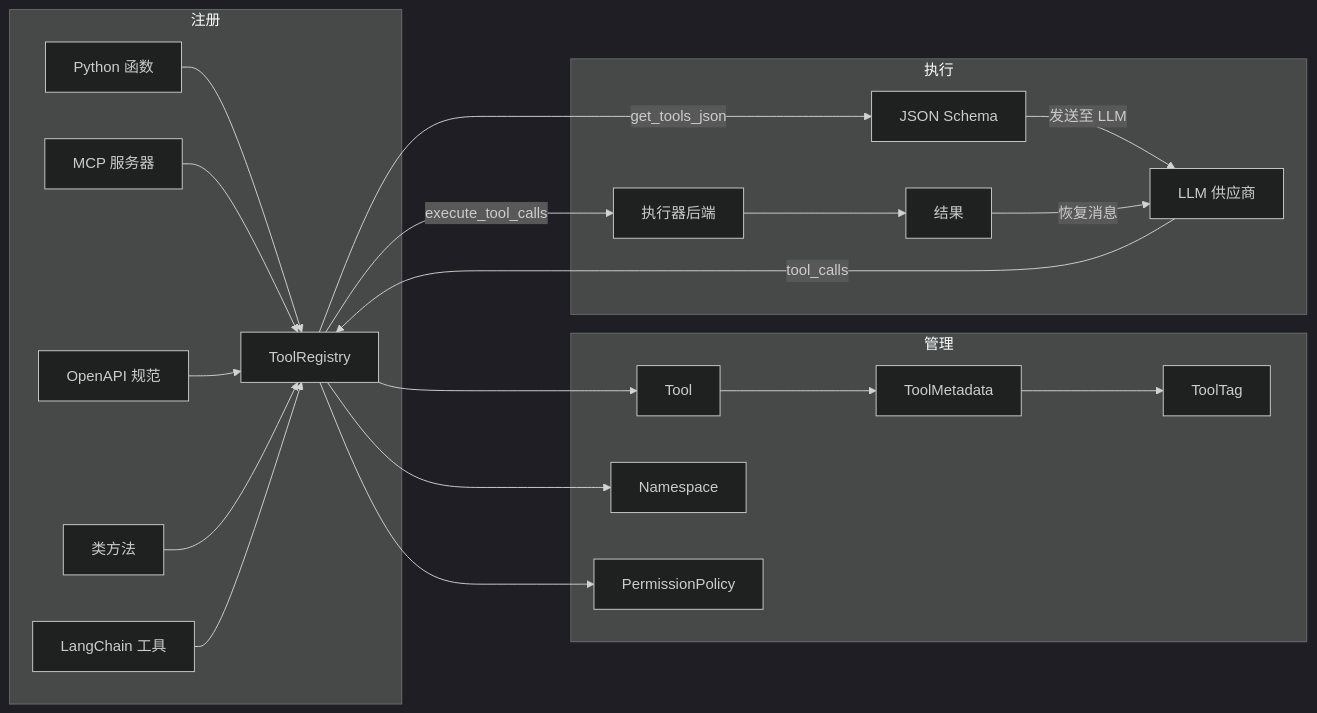
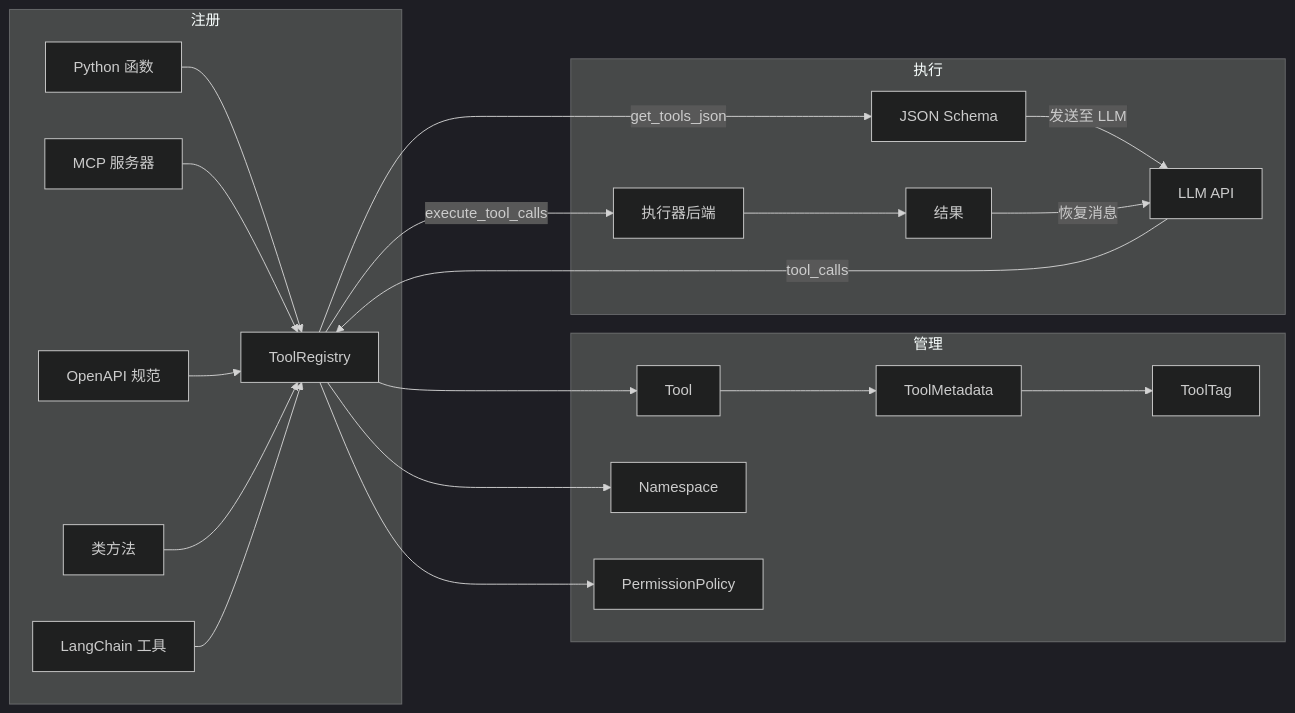
Before and after one commit to Oaklight/ToolRegistry: the first of 2 diagrams in docs/architecture/overview.md, drawn with Mermaid (dark theme). The commit also changed other lines of this file and 9 other files, not shown here.

First line of the commit message:
docs: replace "供应商/提供商" with "API 格式" terminology

````diff
--- a/docs/architecture/overview.md
+++ b/docs/architecture/overview.md
@@ -20,27 +20,27 @@
 ```mermaid
 graph LR
     subgraph 注册
         F[Python 函数] --> R[ToolRegistry]
         MCP[MCP 服务器] --> R
         OA[OpenAPI 规范] --> R
         CL[类方法] --> R
         LC[LangChain 工具] --> R
     end
 
     subgraph 管理
         R --> T[Tool]
         T --> TM[ToolMetadata]
         TM --> TT[ToolTag]
         R --> NS[Namespace]
         R --> PP[PermissionPolicy]
     end
 
     subgraph 执行
         R -->|get_tools_json| S[JSON Schema]
-        S -->|发送至 LLM| LLM[LLM 供应商]
+        S -->|发送至 LLM| LLM[LLM API]
         LLM -->|tool_calls| R
         R -->|execute_tool_calls| BE[执行器后端]
         BE --> RES[结果]
         RES -->|恢复消息| LLM
     end
 ```
````
